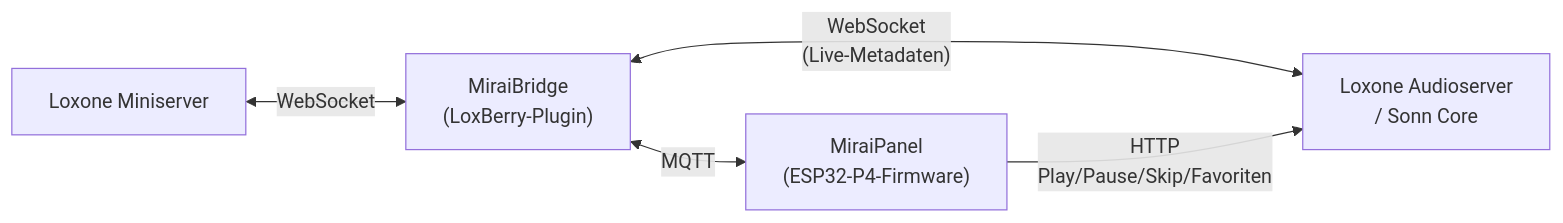
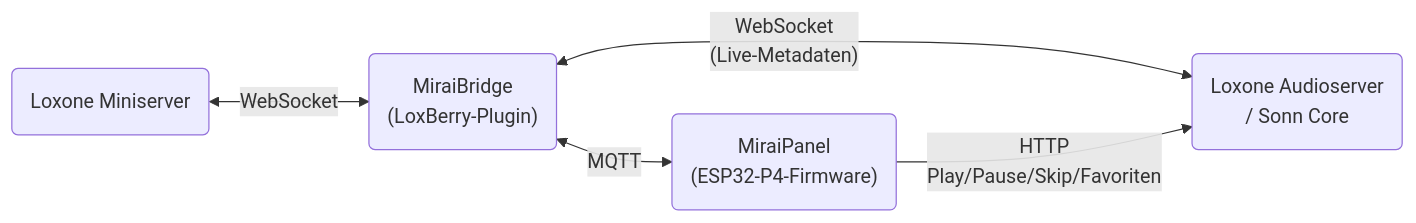
The second of 2 diagrams in README.md (Holzmusik/MiraiPanel), drawn with Mermaid before and after one commit. The commit also changed other lines of this file, not shown here.

First line of the commit message:
Beide Diagramme auf abgerundete Knoten umgestellt

````diff
--- a/README.md
+++ b/README.md
@@ -129,7 +129,7 @@
 ```mermaid
 flowchart LR
-    MS["Loxone Miniserver"] <-->|WebSocket| Bridge["MiraiBridge<br/>(LoxBerry-Plugin)"]
-    Bridge <-->|MQTT| Panel["MiraiPanel<br/>(ESP32-P4-Firmware)"]
-    Bridge <-->|"WebSocket<br/>(Live-Metadaten)"| Audio["Loxone Audioserver<br/>/ Sonn Core"]
+    MS("Loxone Miniserver") <-->|WebSocket| Bridge("MiraiBridge<br/>(LoxBerry-Plugin)")
+    Bridge <-->|MQTT| Panel("MiraiPanel<br/>(ESP32-P4-Firmware)")
+    Bridge <-->|"WebSocket<br/>(Live-Metadaten)"| Audio("Loxone Audioserver<br/>/ Sonn Core")
     Panel -->|"HTTP<br/>Play/Pause/Skip/Favoriten"| Audio
 ```
````
